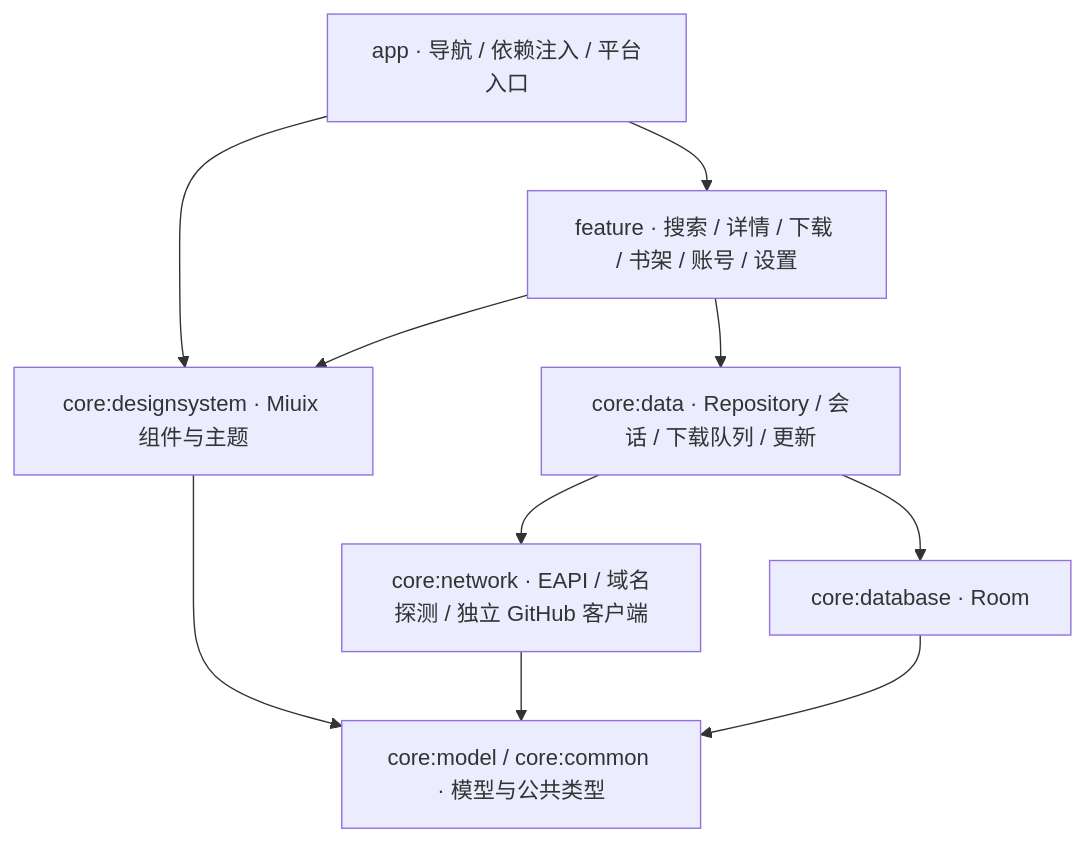
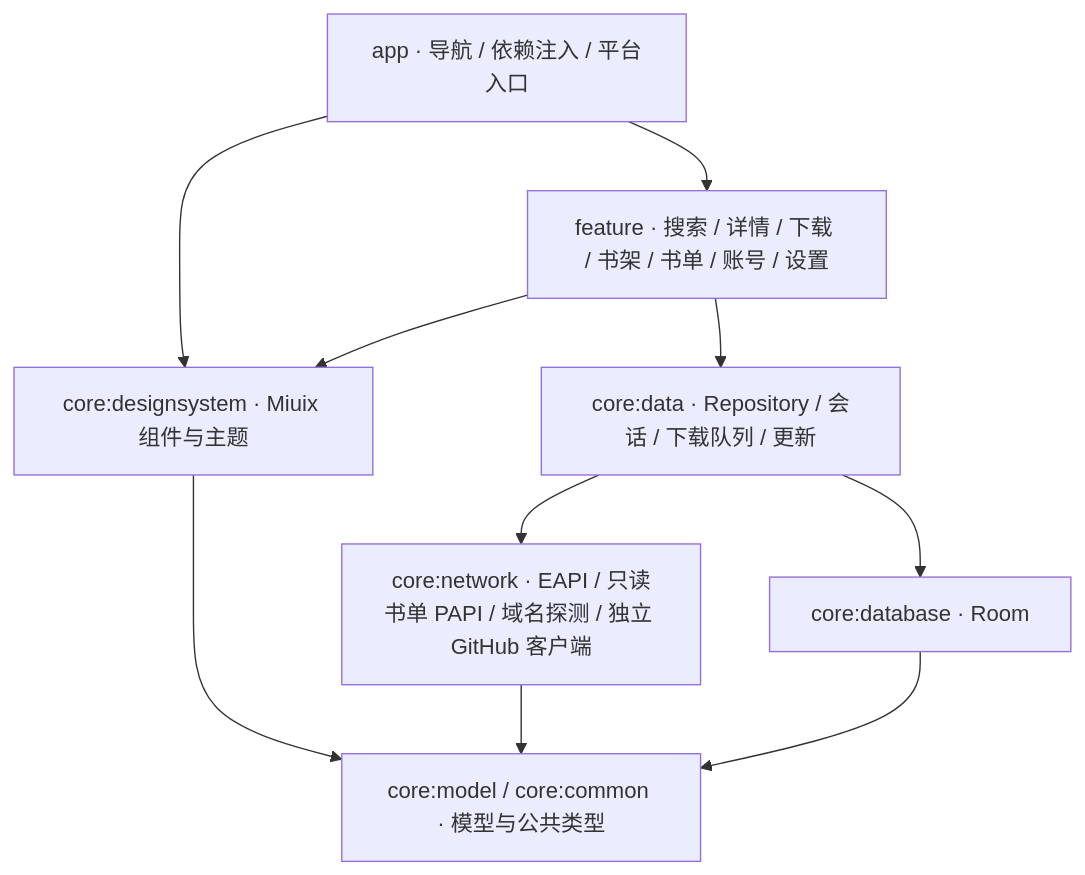
Before and after one commit to qgming/zlib-app: the diagram in README.md, drawn with Mermaid. The commit also changed other lines of this file and 51 other files, not shown here.

````diff
--- a/README.md
+++ b/README.md
@@ -100,19 +104,19 @@
 ```mermaid
 flowchart TB
   App["app · 导航 / 依赖注入 / 平台入口"]
-  Features["feature · 搜索 / 详情 / 下载 / 书架 / 账号 / 设置"]
+  Features["feature · 搜索 / 详情 / 下载 / 书架 / 书单 / 账号 / 设置"]
   Design["core:designsystem · Miuix 组件与主题"]
   Data["core:data · Repository / 会话 / 下载队列 / 更新"]
-  Network["core:network · EAPI / 域名探测 / 独立 GitHub 客户端"]
+  Network["core:network · EAPI / 只读书单 PAPI / 域名探测 / 独立 GitHub 客户端"]
   Database["core:database · Room"]
   Base["core:model / core:common · 模型与公共类型"]
   App --> Features
   App --> Design
   Features --> Design
   Features --> Data
   Data --> Network
   Data --> Database
   Design --> Base
   Network --> Base
   Database --> Base
 ```
````
